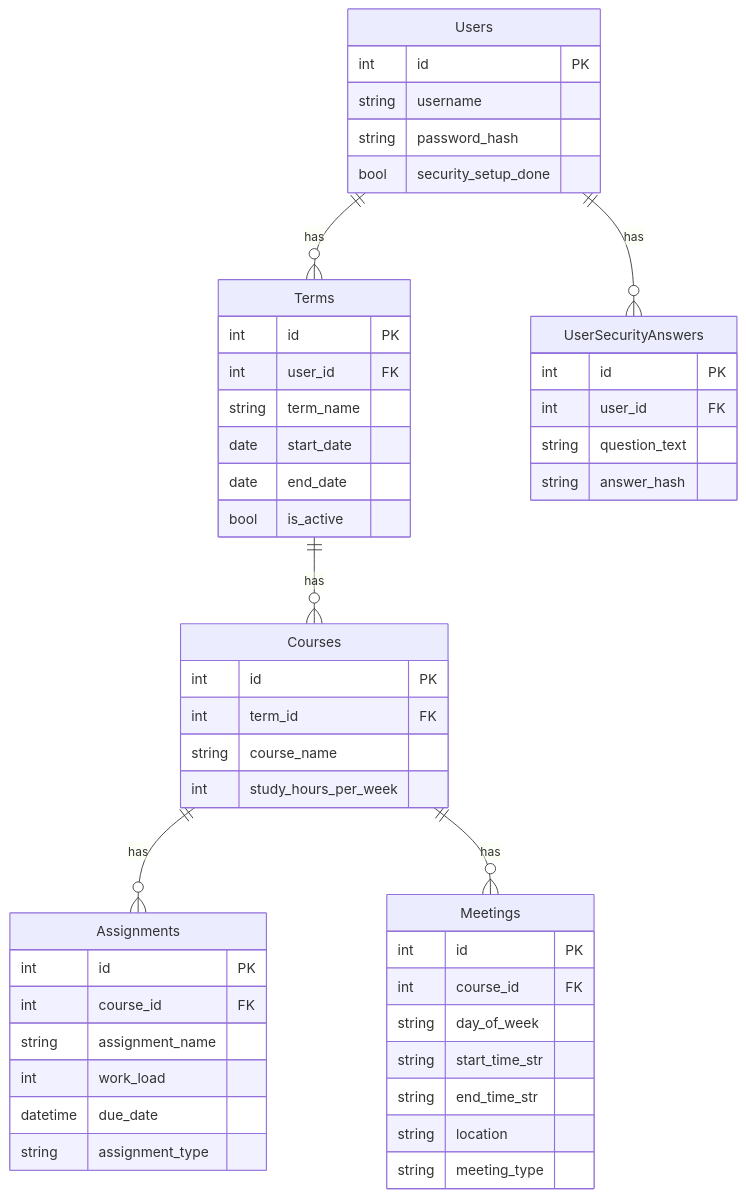
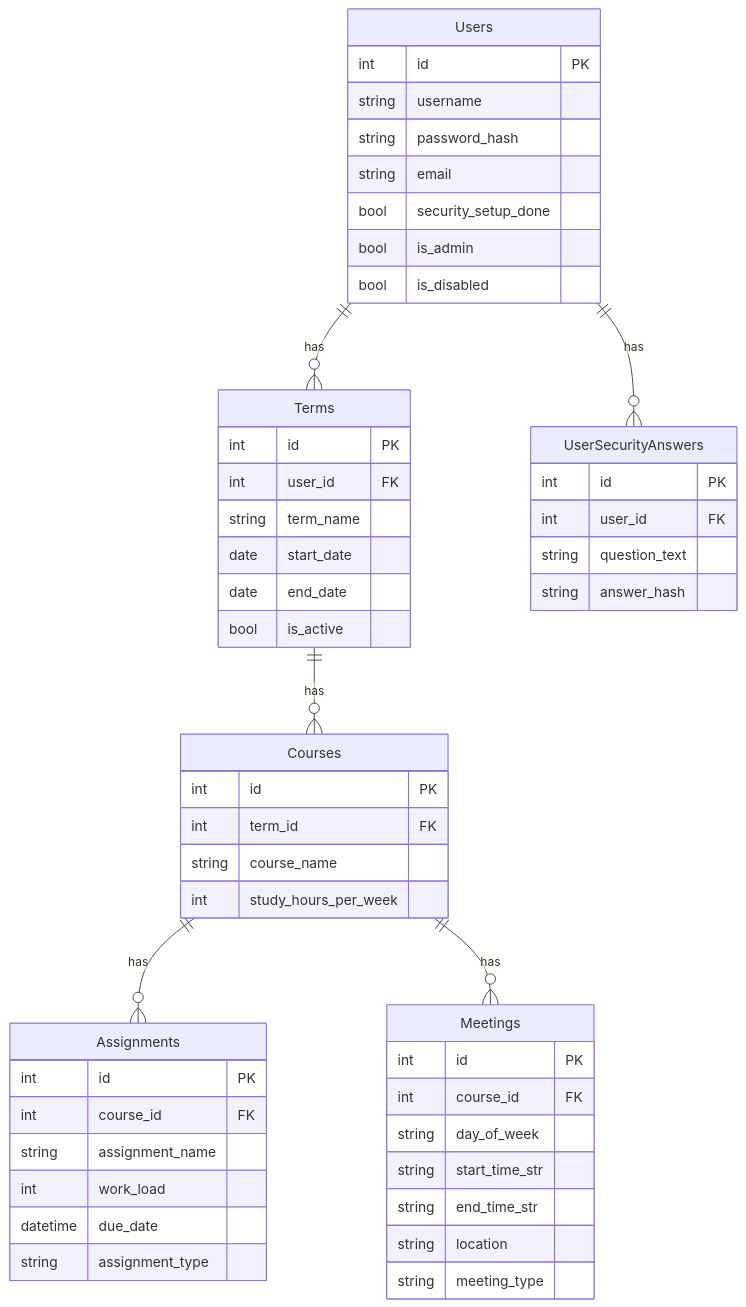
One commit to cs-keni/syllabify changed the fourth of 8 diagrams in docs/final-progress-report.md. Above: the diagram before and after it, drawn with Mermaid. The commit also changed other lines of this file and 1 other file, not shown here.

````diff
--- a/docs/final-progress-report.md
+++ b/docs/final-progress-report.md
@@ -284,57 +292,60 @@
 ```mermaid
 erDiagram
     Users ||--o{ Terms : "has"
     Terms ||--o{ Courses : "has"
     Courses ||--o{ Assignments : "has"
     Courses ||--o{ Meetings : "has"
     Users ||--o{ UserSecurityAnswers : "has"
 
     Users {
         int id PK
         string username
         string password_hash
+        string email
         bool security_setup_done
+        bool is_admin
+        bool is_disabled
     }
 
     Terms {
         int id PK
         int user_id FK
         string term_name
         date start_date
         date end_date
         bool is_active
     }
 
     Courses {
         int id PK
         int term_id FK
         string course_name
         int study_hours_per_week
     }
 
     Assignments {
         int id PK
         int course_id FK
         string assignment_name
         int work_load
         datetime due_date
         string assignment_type
     }
 
     Meetings {
         int id PK
         int course_id FK
         string day_of_week
         string start_time_str
         string end_time_str
         string location
         string meeting_type
     }
 
     UserSecurityAnswers {
         int id PK
         int user_id FK
         string question_text
         string answer_hash
     }
 ```
````
